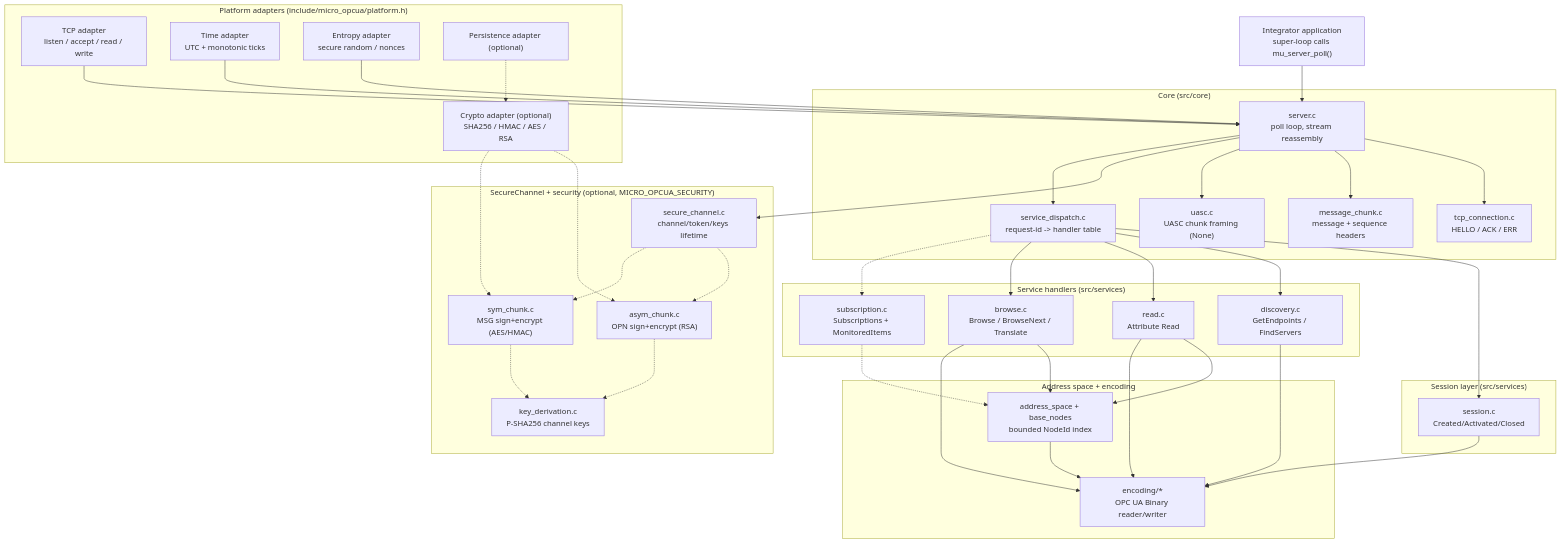
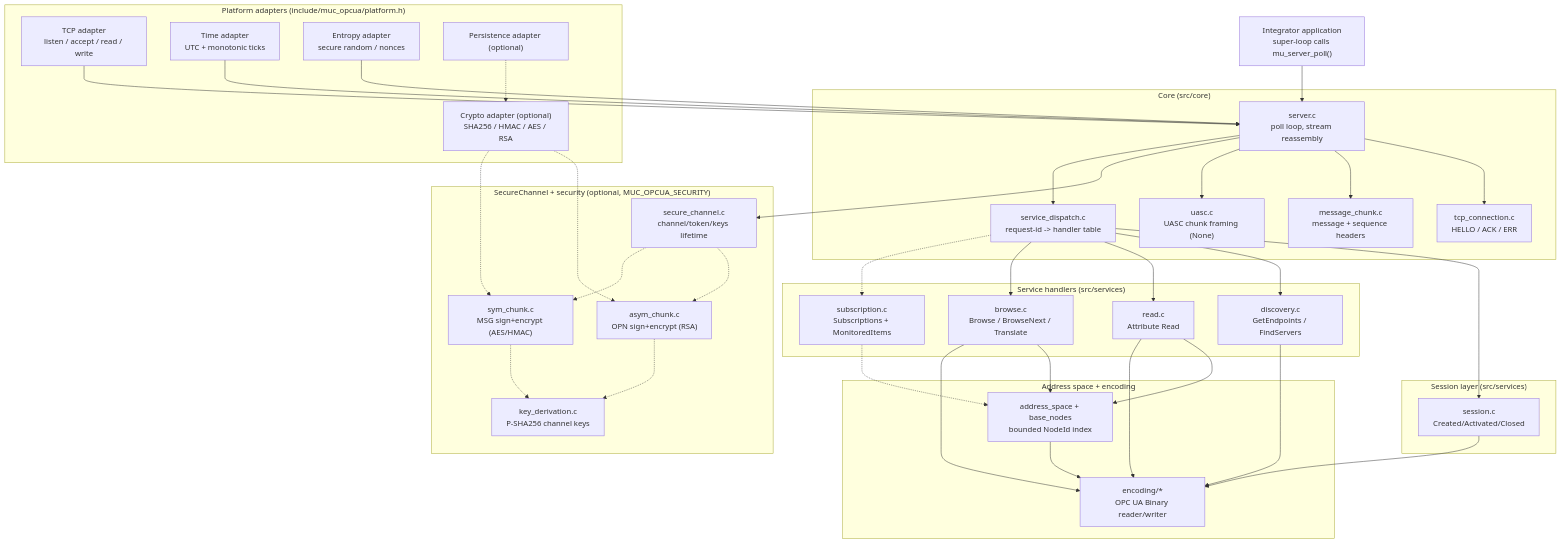
One commit to occamsshavingkit/micro-opcua changed the first of 2 diagrams in docs/architecture.md. Above: the diagram before and after it, drawn with Mermaid. The commit also changed other lines of this file and 36 other files, not shown here.

````diff
--- a/docs/architecture.md
+++ b/docs/architecture.md
@@ -38,73 +38,73 @@
 ```mermaid
 flowchart TD
     App["Integrator application<br/>super-loop calls mu_server_poll()"]
 
-    subgraph Adapters["Platform adapters (include/micro_opcua/platform.h)"]
+    subgraph Adapters["Platform adapters (include/muc_opcua/platform.h)"]
         TCP["TCP adapter<br/>listen / accept / read / write"]
         TIME["Time adapter<br/>UTC + monotonic ticks"]
         ENT["Entropy adapter<br/>secure random / nonces"]
         CRYP["Crypto adapter (optional)<br/>SHA256 / HMAC / AES / RSA"]
         PERS["Persistence adapter (optional)"]
     end
 
     subgraph Core["Core (src/core)"]
         SRV["server.c<br/>poll loop, stream reassembly"]
         TCPC["tcp_connection.c<br/>HELLO / ACK / ERR"]
         CHUNK["message_chunk.c<br/>message + sequence headers"]
         UASC["uasc.c<br/>UASC chunk framing (None)"]
         DISP["service_dispatch.c<br/>request-id -> handler table"]
     end
 
-    subgraph Sec["SecureChannel + security (optional, MICRO_OPCUA_SECURITY)"]
+    subgraph Sec["SecureChannel + security (optional, MUC_OPCUA_SECURITY)"]
         SC["secure_channel.c<br/>channel/token/keys lifetime"]
         ASYM["asym_chunk.c<br/>OPN sign+encrypt (RSA)"]
         SYM["sym_chunk.c<br/>MSG sign+encrypt (AES/HMAC)"]
         KDF["key_derivation.c<br/>P-SHA256 channel keys"]
     end
 
     subgraph Sess["Session layer (src/services)"]
         SESS["session.c<br/>Created/Activated/Closed"]
     end
 
     subgraph Handlers["Service handlers (src/services)"]
         DISC["discovery.c<br/>GetEndpoints / FindServers"]
         READ["read.c<br/>Attribute Read"]
         BROWSE["browse.c<br/>Browse / BrowseNext / Translate"]
         SUBS["subscription.c<br/>Subscriptions + MonitoredItems"]
     end
 
     subgraph Data["Address space + encoding"]
         AS["address_space + base_nodes<br/>bounded NodeId index"]
         ENC["encoding/*<br/>OPC UA Binary reader/writer"]
     end
 
     App --> SRV
     TCP --> SRV
     TIME --> SRV
     ENT --> SRV
     SRV --> TCPC
     SRV --> CHUNK
     SRV --> UASC
     SRV --> SC
     SC -.-> ASYM
     SC -.-> SYM
     SYM -.-> KDF
     ASYM -.-> KDF
     CRYP -.-> ASYM
     CRYP -.-> SYM
     SRV --> DISP
     DISP --> SESS
     DISP --> DISC
     DISP --> READ
     DISP --> BROWSE
     DISP -.-> SUBS
     READ --> AS
     BROWSE --> AS
     SUBS -.-> AS
     DISC --> ENC
     READ --> ENC
     BROWSE --> ENC
     SESS --> ENC
     AS --> ENC
     PERS -.-> CRYP
 ```
````
